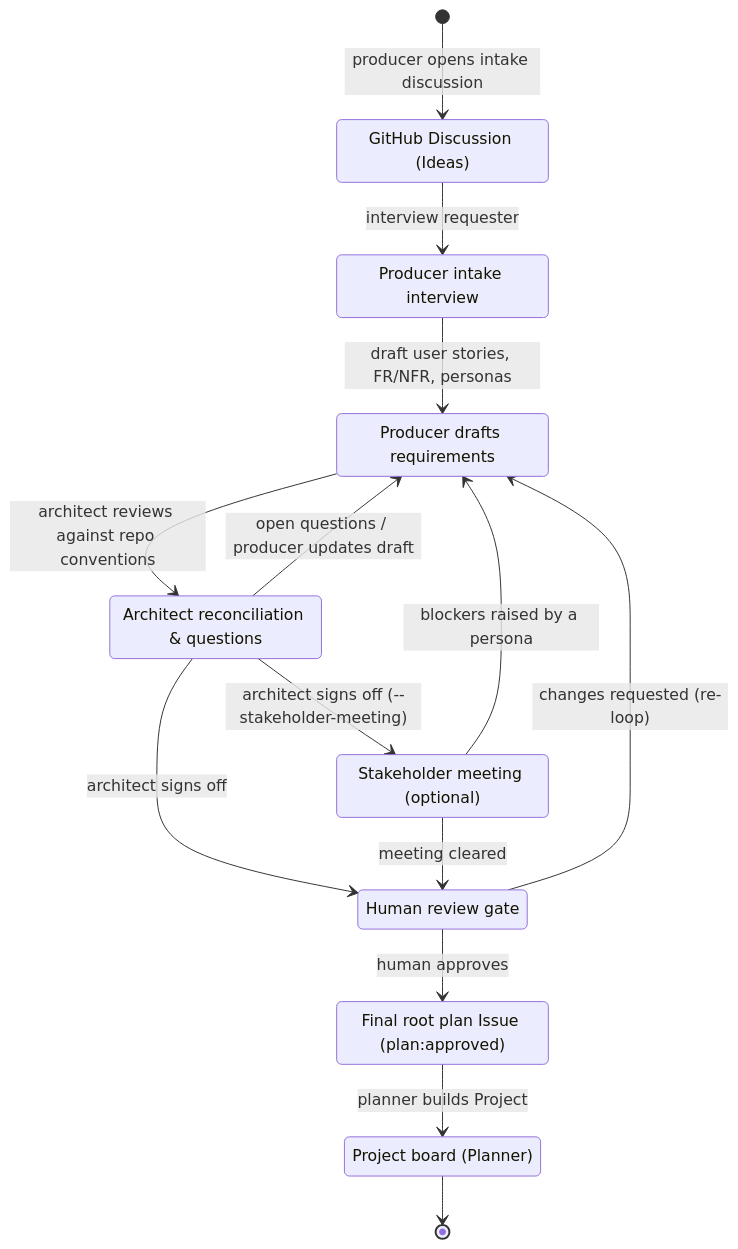
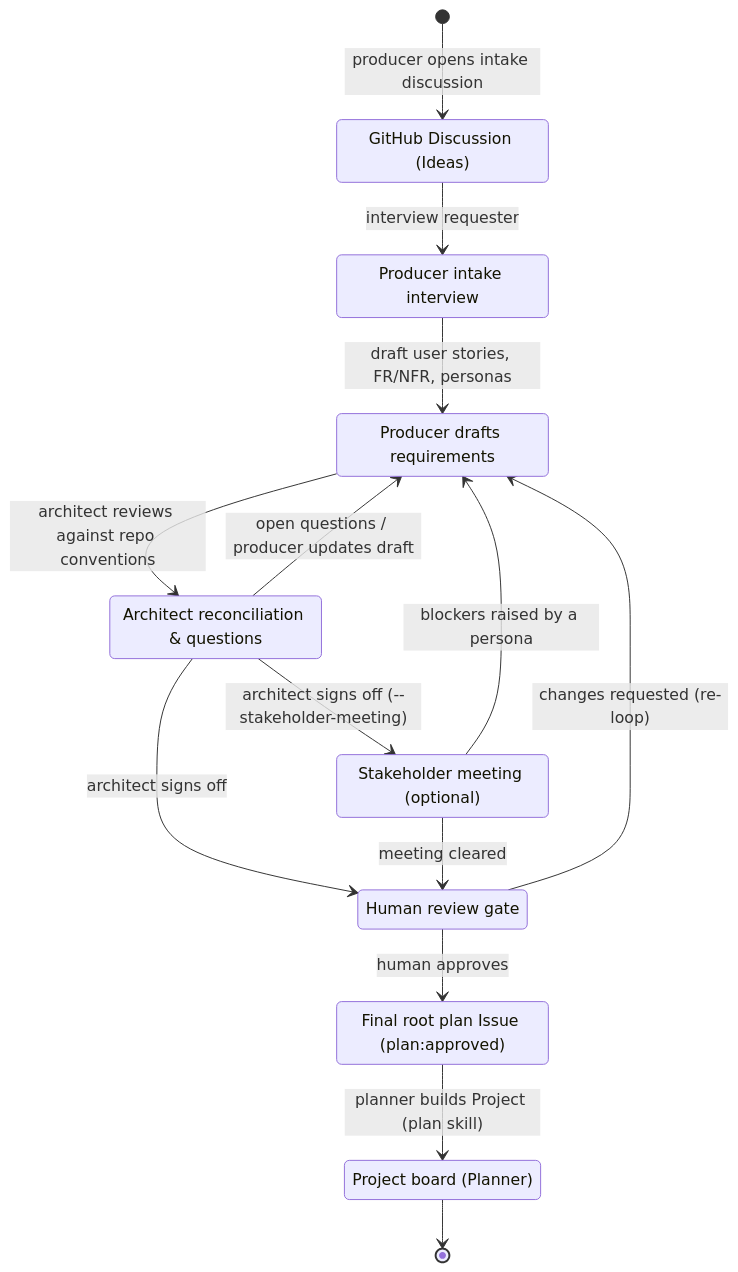
Before and after one commit to whale-net/everything: the first of 2 diagrams in tools/project-manager/CONVENTIONS.md, drawn with Mermaid. The commit also changed other lines of this file and 7 other files, not shown here.

First line of the commit message:
project-manager: rename plan skill to design, split task breakdown into new plan skill

````diff
--- a/tools/project-manager/CONVENTIONS.md
+++ b/tools/project-manager/CONVENTIONS.md
@@ -24,25 +24,25 @@
 ```mermaid
 stateDiagram-v2
     discussion: GitHub Discussion (Ideas)
     intake: Producer intake interview
     draft: Producer drafts requirements
     reconcile: Architect reconciliation & questions
     meeting: Stakeholder meeting (optional)
     humanReview: Human review gate
     rootIssue: Final root plan Issue (plan:approved)
     projectBoard: Project board (Planner)
 
     [*] --> discussion: producer opens intake discussion
     discussion --> intake: interview requester
     intake --> draft: draft user stories, FR/NFR, personas
     draft --> reconcile: architect reviews against repo conventions
     reconcile --> draft: open questions / producer updates draft
     reconcile --> humanReview: architect signs off
     reconcile --> meeting: architect signs off (--stakeholder-meeting)
     meeting --> draft: blockers raised by a persona
     meeting --> humanReview: meeting cleared
     humanReview --> draft: changes requested (re-loop)
     humanReview --> rootIssue: human approves
-    rootIssue --> projectBoard: planner builds Project
+    rootIssue --> projectBoard: planner builds Project (plan skill)
     projectBoard --> [*]
 ```
````
